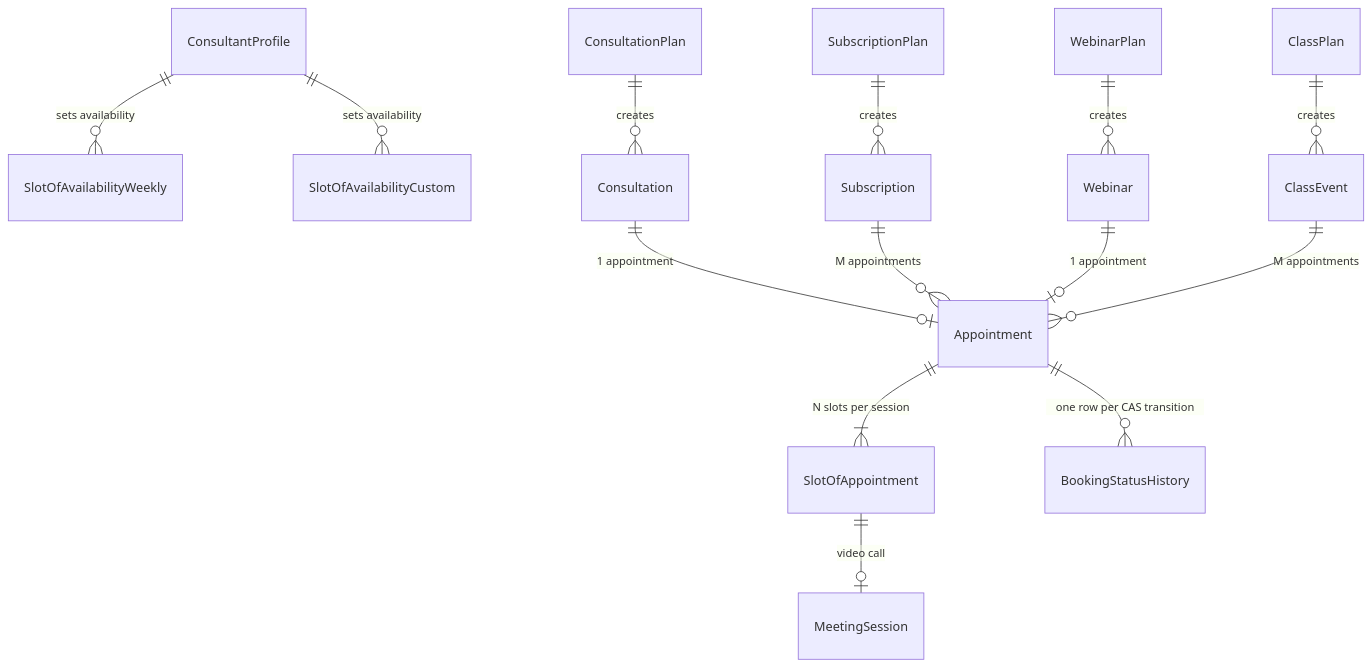
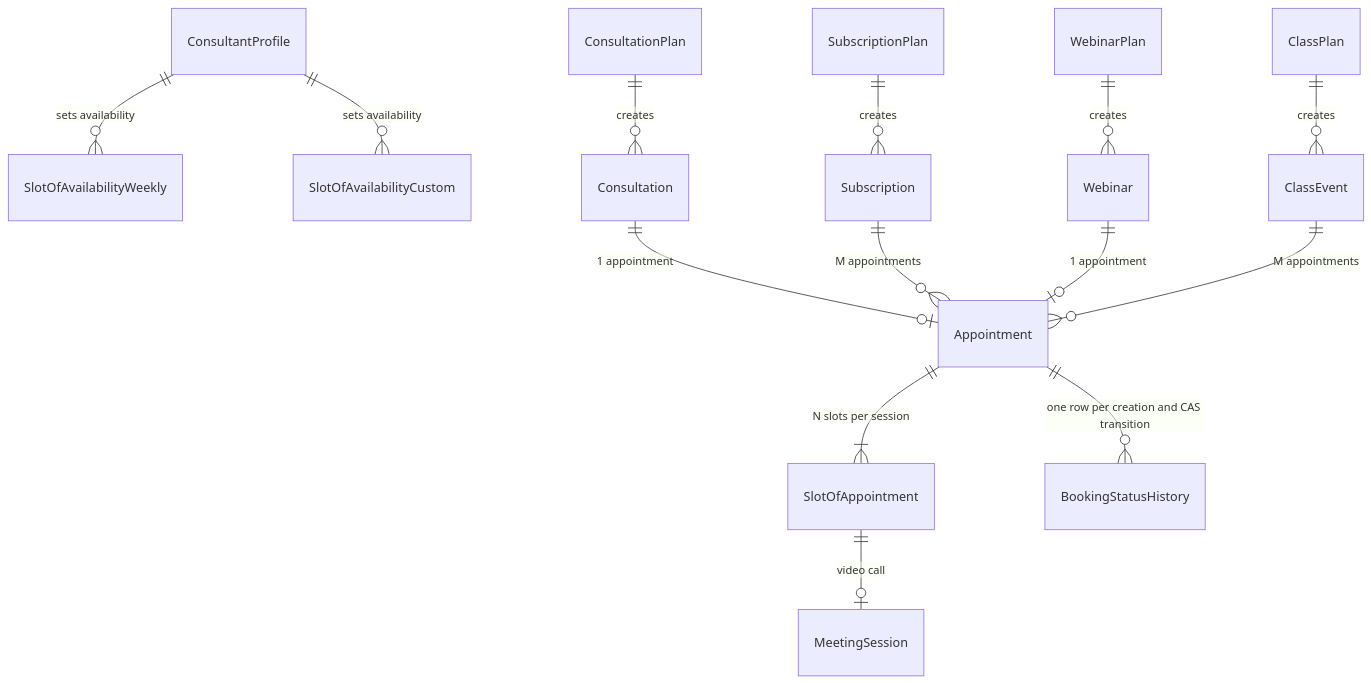
The sixth of 6 diagrams in docs/booking/06-dependency-graphs.md (Practitionist/familiarise_web), drawn with Mermaid before and after one commit. The commit also changed 11 other files, not shown here.

````diff
--- a/docs/booking/06-dependency-graphs.md
+++ b/docs/booking/06-dependency-graphs.md
@@ -291,19 +291,19 @@
 ```mermaid
 erDiagram
   ConsultantProfile ||--o{ SlotOfAvailabilityWeekly : "sets availability"
   ConsultantProfile ||--o{ SlotOfAvailabilityCustom : "sets availability"
 
   ConsultationPlan ||--o{ Consultation : creates
   SubscriptionPlan ||--o{ Subscription : creates
   WebinarPlan ||--o{ Webinar : creates
   ClassPlan ||--o{ ClassEvent : creates
 
   Consultation ||--o| Appointment : "1 appointment"
   Subscription ||--o{ Appointment : "M appointments"
   Webinar ||--o| Appointment : "1 appointment"
   ClassEvent ||--o{ Appointment : "M appointments"
 
   Appointment ||--|{ SlotOfAppointment : "N slots per session"
-  Appointment ||--o{ BookingStatusHistory : "one row per CAS transition"
+  Appointment ||--o{ BookingStatusHistory : "one row per creation and CAS transition"
   SlotOfAppointment ||--o| MeetingSession : "video call"
 ```
````
